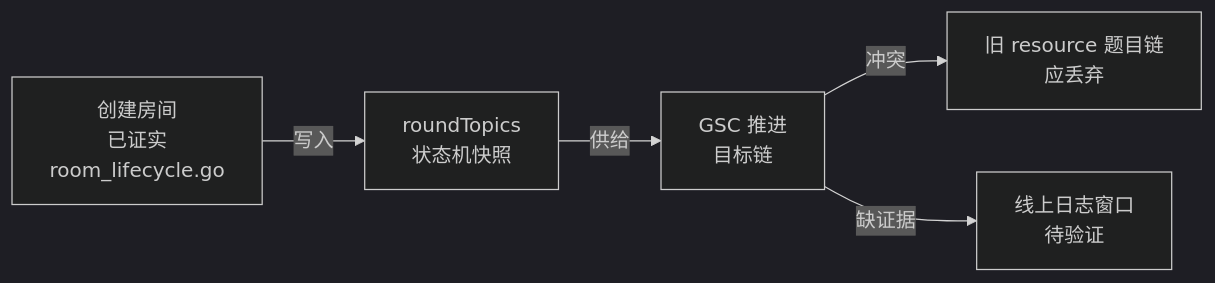
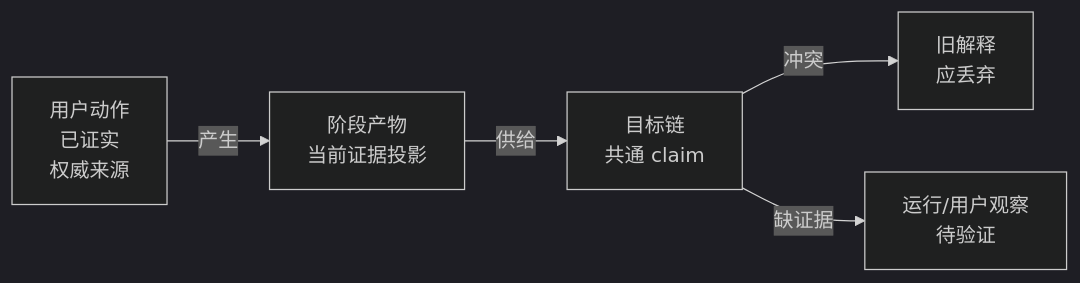
The sixth of 11 diagrams in problem-review-mapper/SKILL.md (nds15763/workskills), drawn with Mermaid (dark theme) before and after one commit. The commit also changed other lines of this file and 7 other files, not shown here.

````diff
--- a/problem-review-mapper/SKILL.md
+++ b/problem-review-mapper/SKILL.md
@@ -321,7 +323,7 @@
 ```mermaid
 flowchart LR
-  A["创建房间<br/>已证实<br/>room_lifecycle.go"] -->|写入| B["roundTopics<br/>状态机快照"]
-  B -->|供给| C["GSC 推进<br/>目标链"]
-  C -->|冲突| D["旧 resource 题目链<br/>应丢弃"]
-  C -->|缺证据| E["线上日志窗口<br/>待验证"]
+  A["用户动作<br/>已证实<br/>权威来源"] -->|产生| B["阶段产物<br/>当前证据投影"]
+  B -->|供给| C["目标链<br/>共通 claim"]
+  C -->|冲突| D["旧解释<br/>应丢弃"]
+  C -->|缺证据| E["运行/用户观察<br/>待验证"]
 ```
````
